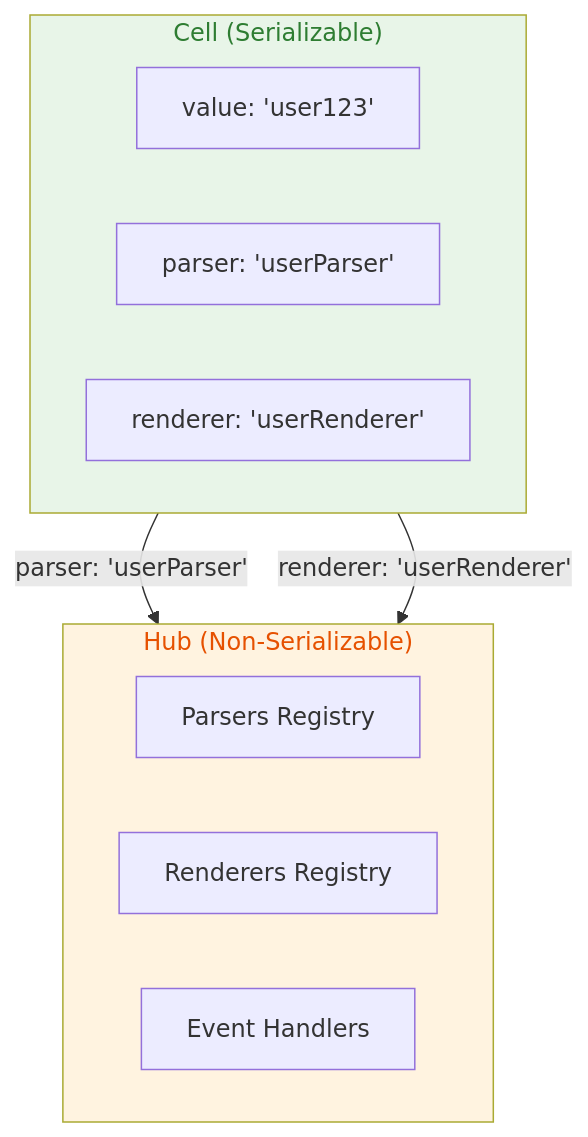
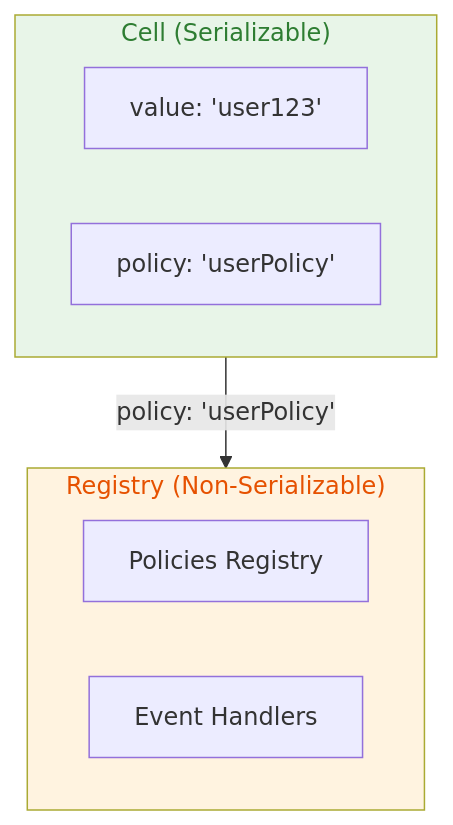
The fourth of 5 diagrams in packages/docs/pages/development/architecture.mdx (walkframe/gridsheet), drawn with Mermaid before and after one commit. The commit also changed other lines of this file and 17 other files, not shown here.

````diff
--- a/packages/docs/pages/development/architecture.mdx
+++ b/packages/docs/pages/development/architecture.mdx
@@ -145,20 +147,17 @@
 ```mermaid
 graph TB
     subgraph CELL ["Cell (Serializable)"]
         V["value: 'user123'"]
-        P["parser: 'userParser'"]
-        R["renderer: 'userRenderer'"]
+        P["policy: 'userPolicy'"]
     end
     
-    subgraph HUB ["Hub (Non-Serializable)"]
-        PARSERS["Parsers Registry"]
-        RENDERERS["Renderers Registry"]
+    subgraph REGISTRY ["Registry (Non-Serializable)"]
+        POLICIES["Policies Registry"]
         HANDLERS["Event Handlers"]
     end
     
-    CELL -->|"parser: 'userParser'"| HUB
-    CELL -->|"renderer: 'userRenderer'"| HUB
+    CELL -->|"policy: 'userPolicy'"| REGISTRY
     
     style CELL fill:#e8f5e8,color:#2e7d32
-    style HUB fill:#fff3e0,color:#e65100
+    style REGISTRY fill:#fff3e0,color:#e65100
 ```
````
